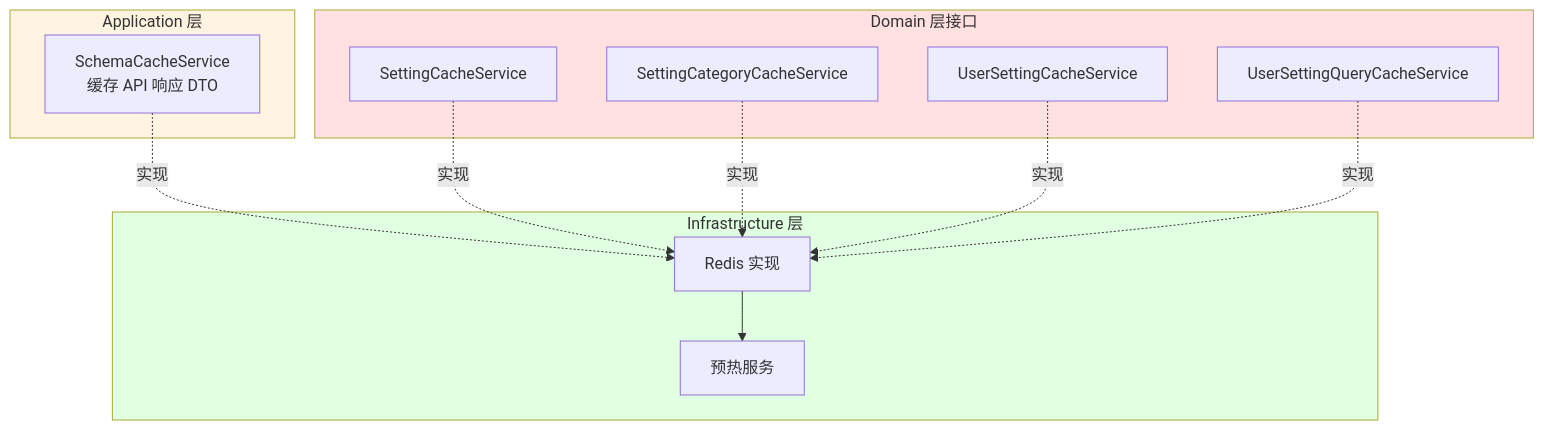
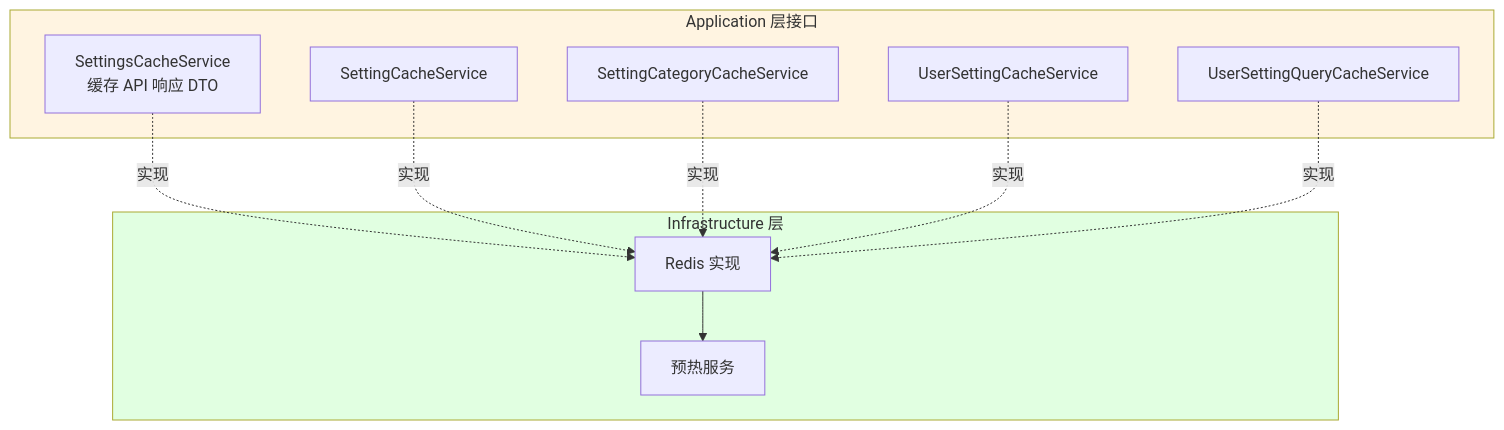
Before and after one commit to lwmacct/251117-go-ddd-template: the first of 5 diagrams in docs/content/architecture/setting-cache.md, drawn with Mermaid. The commit also changed other lines of this file and 69 other files, not shown here.

First line of the commit message:
refactor(cache): 缓存接口迁移至 Application 层 + DTO 命名规范化

````diff
--- a/docs/content/architecture/setting-cache.md
+++ b/docs/content/architecture/setting-cache.md
@@ -33,29 +33,25 @@
 ```mermaid
 graph TB
-    subgraph Application["Application 层"]
-        SC[SchemaCacheService<br/>缓存 API 响应 DTO]
+    subgraph Application["Application 层接口"]
+        SC[SettingsCacheService<br/>缓存 API 响应 DTO]
+        SSC[SettingCacheService]
+        SCC[SettingCategoryCacheService]
+        USC[UserSettingCacheService]
+        USQC[UserSettingQueryCacheService]
     end
 
     subgraph Infrastructure["Infrastructure 层"]
         IMPL[Redis 实现]
         WARM[预热服务]
-    end
-
-    subgraph Domain["Domain 层接口"]
-        SSC[SettingCacheService]
-        SCC[SettingCategoryCacheService]
-        USC[UserSettingCacheService]
-        USQC[UserSettingQueryCacheService]
     end
 
     SC -.实现.-> IMPL
     SSC -.实现.-> IMPL
     SCC -.实现.-> IMPL
     USC -.实现.-> IMPL
     USQC -.实现.-> IMPL
     IMPL --> WARM
 
     style Application fill:#fff4e1
     style Infrastructure fill:#e1ffe1
-    style Domain fill:#ffe1e1
 ```
````
